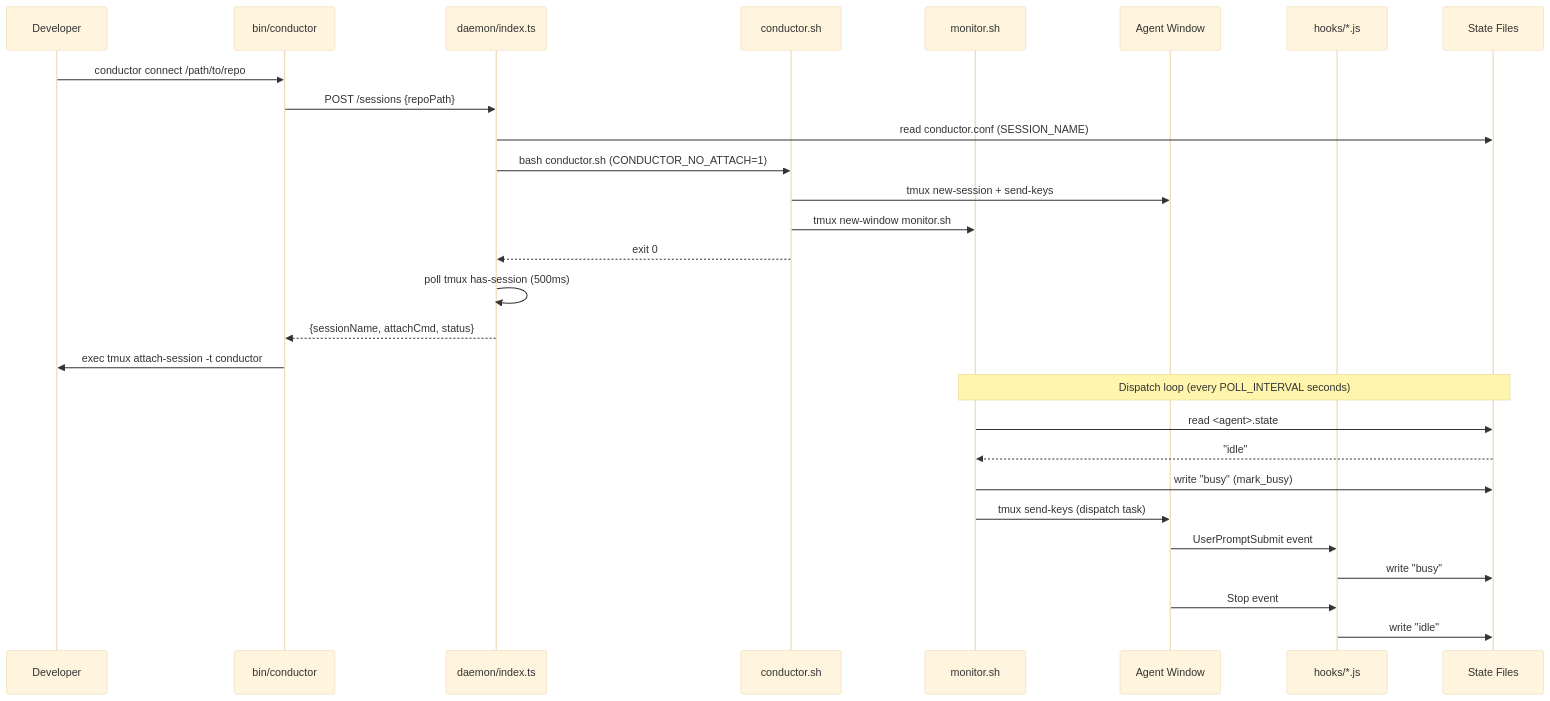
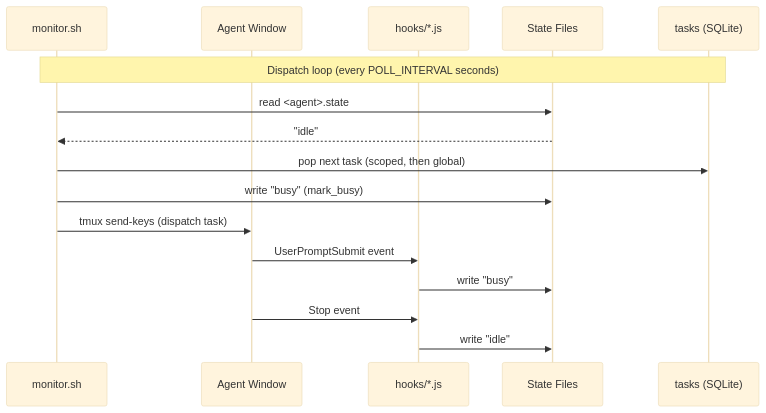
One commit to codewizard-dt/tmux-conductor changed the second of 2 diagrams in README.md. Above: the diagram before and after it, drawn with Mermaid (base theme). The commit also changed other lines of this file and 37 other files, not shown here.

````diff
--- a/README.md
+++ b/README.md
@@ -118,32 +138,19 @@
 ```mermaid
 sequenceDiagram
-  participant Dev as Developer
-  participant CLI as bin/conductor
-  participant Daemon as daemon/index.ts
-  participant Script as conductor.sh
   participant Monitor as monitor.sh
   participant Agent as Agent Window
   participant Hook as hooks/*.js
   participant FS as State Files
+  participant Queue as tasks (SQLite)
 
-  Dev->>CLI: conductor connect /path/to/repo
-  CLI->>Daemon: POST /sessions {repoPath}
-  Daemon->>FS: read conductor.conf (SESSION_NAME)
-  Daemon->>Script: bash conductor.sh (CONDUCTOR_NO_ATTACH=1)
-  Script->>Agent: tmux new-session + send-keys
-  Script->>Monitor: tmux new-window monitor.sh
-  Script-->>Daemon: exit 0
-  Daemon->>Daemon: poll tmux has-session (500ms)
-  Daemon-->>CLI: {sessionName, attachCmd, status}
-  CLI->>Dev: exec tmux attach-session -t conductor
-
-  Note over Monitor,FS: Dispatch loop (every POLL_INTERVAL seconds)
+  Note over Monitor,Queue: Dispatch loop (every POLL_INTERVAL seconds)
   Monitor->>FS: read <agent>.state
   FS-->>Monitor: "idle"
+  Monitor->>Queue: pop next task (scoped, then global)
   Monitor->>FS: write "busy" (mark_busy)
   Monitor->>Agent: tmux send-keys (dispatch task)
   Agent->>Hook: UserPromptSubmit event
   Hook->>FS: write "busy"
   Agent->>Hook: Stop event
   Hook->>FS: write "idle"
 ```
````
